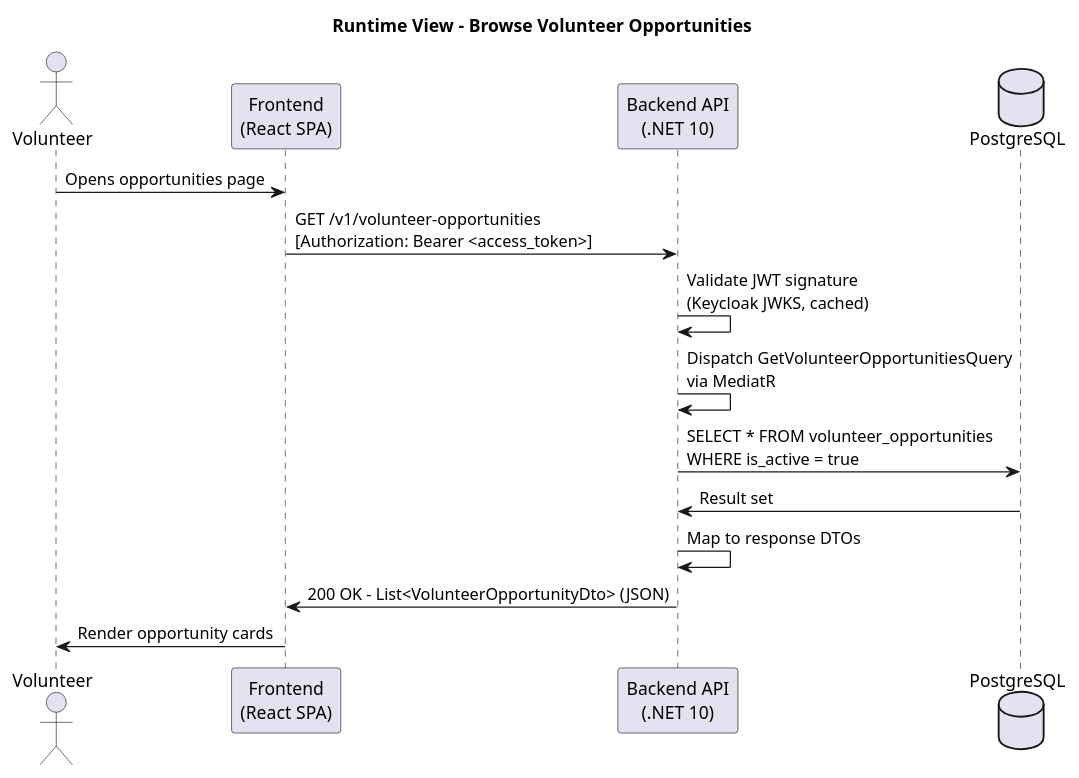
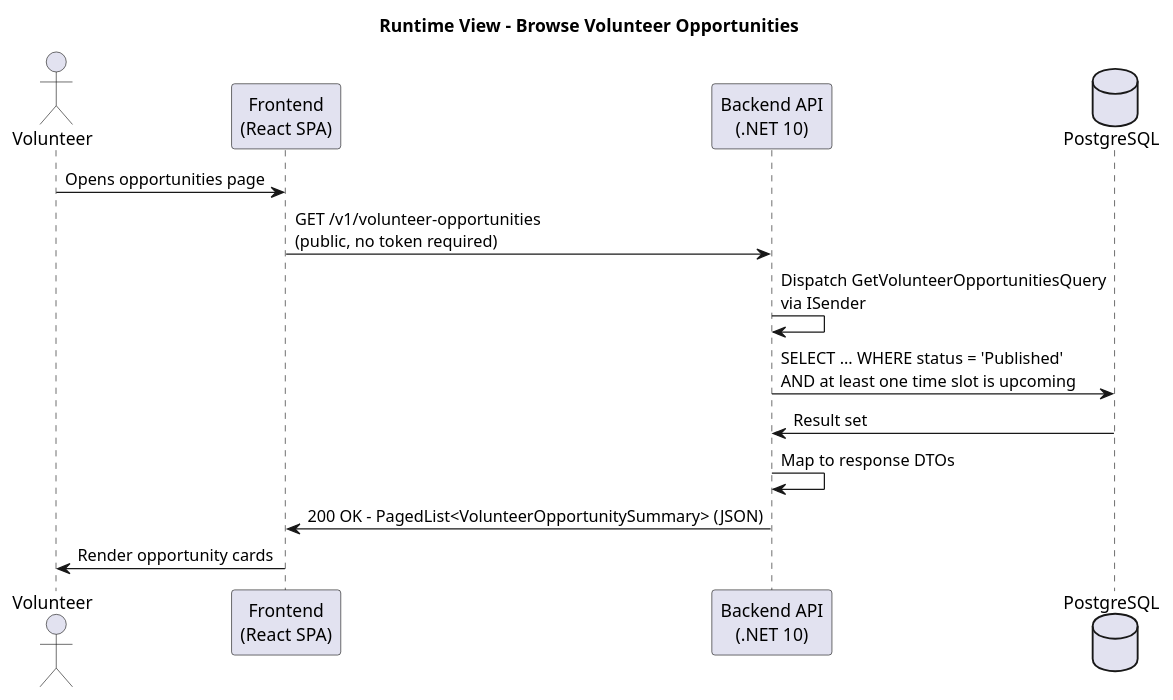
One commit to maik-hasler/einsatzbereit changed the diagram in docs/Architecture/images/runtime-browse.puml. Above: the diagram before and after it, drawn with PlantUML. The commit also changed 27 other files, not shown here.

```diff
--- a/docs/Architecture/images/runtime-browse.puml
+++ b/docs/Architecture/images/runtime-browse.puml
@@ -1,20 +1,19 @@
 @startuml Browse Volunteer Opportunities
 
 title Runtime View - Browse Volunteer Opportunities
 
 actor "Volunteer" as user
 participant "Frontend\n(React SPA)" as frontend
 participant "Backend API\n(.NET 10)" as backend
 database "PostgreSQL" as db
 
 user -> frontend: Opens opportunities page
-frontend -> backend: GET /v1/volunteer-opportunities\n[Authorization: Bearer <access_token>]
-backend -> backend: Validate JWT signature\n(Keycloak JWKS, cached)
-backend -> backend: Dispatch GetVolunteerOpportunitiesQuery\nvia MediatR
-backend -> db: SELECT * FROM volunteer_opportunities\nWHERE is_active = true
+frontend -> backend: GET /v1/volunteer-opportunities\n(public, no token required)
+backend -> backend: Dispatch GetVolunteerOpportunitiesQuery\nvia ISender
+backend -> db: SELECT ... WHERE status = 'Published'\nAND at least one time slot is upcoming
 db -> backend: Result set
 backend -> backend: Map to response DTOs
-backend -> frontend: 200 OK - List<VolunteerOpportunityDto> (JSON)
+backend -> frontend: 200 OK - PagedList<VolunteerOpportunitySummary> (JSON)
 frontend -> user: Render opportunity cards
 
 @enduml
```
